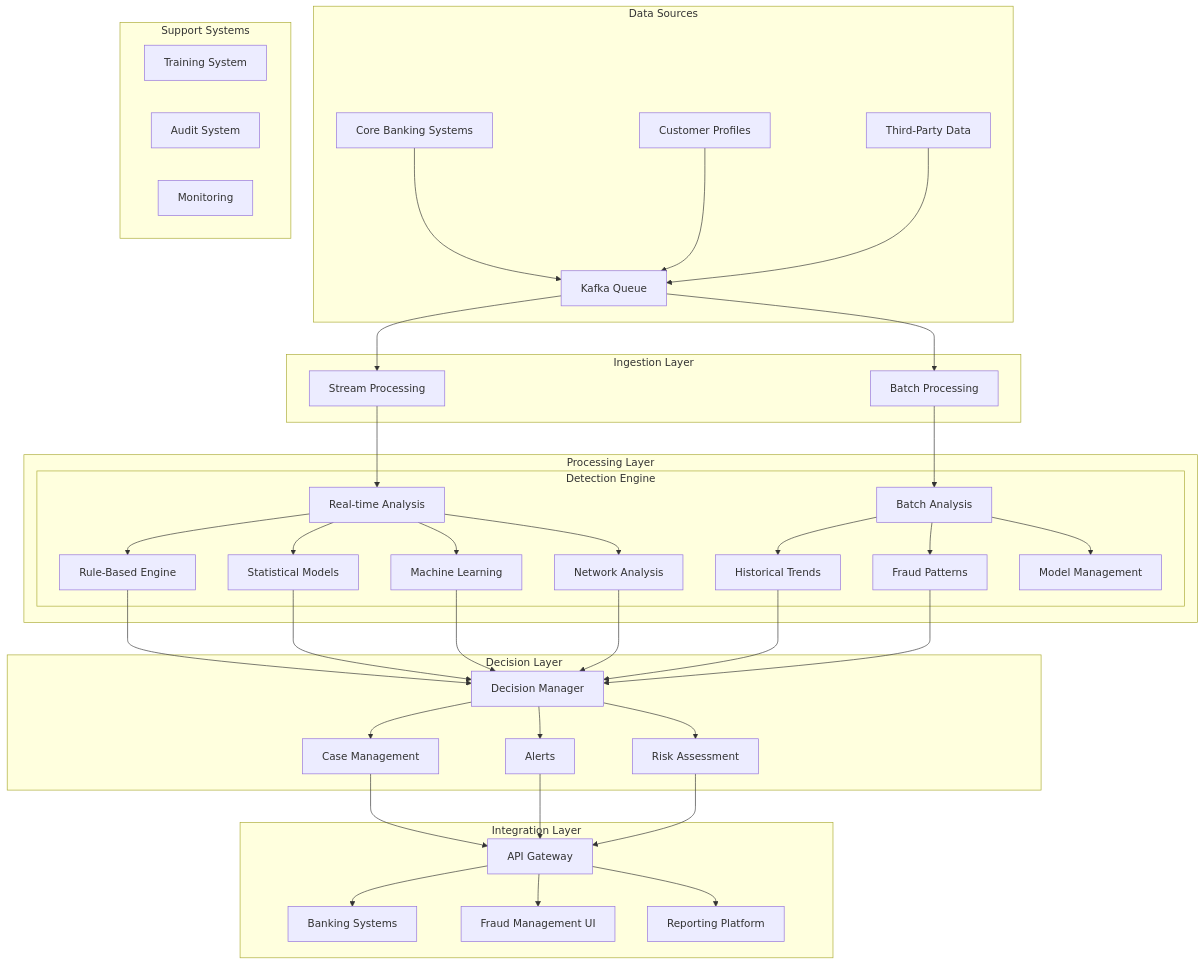
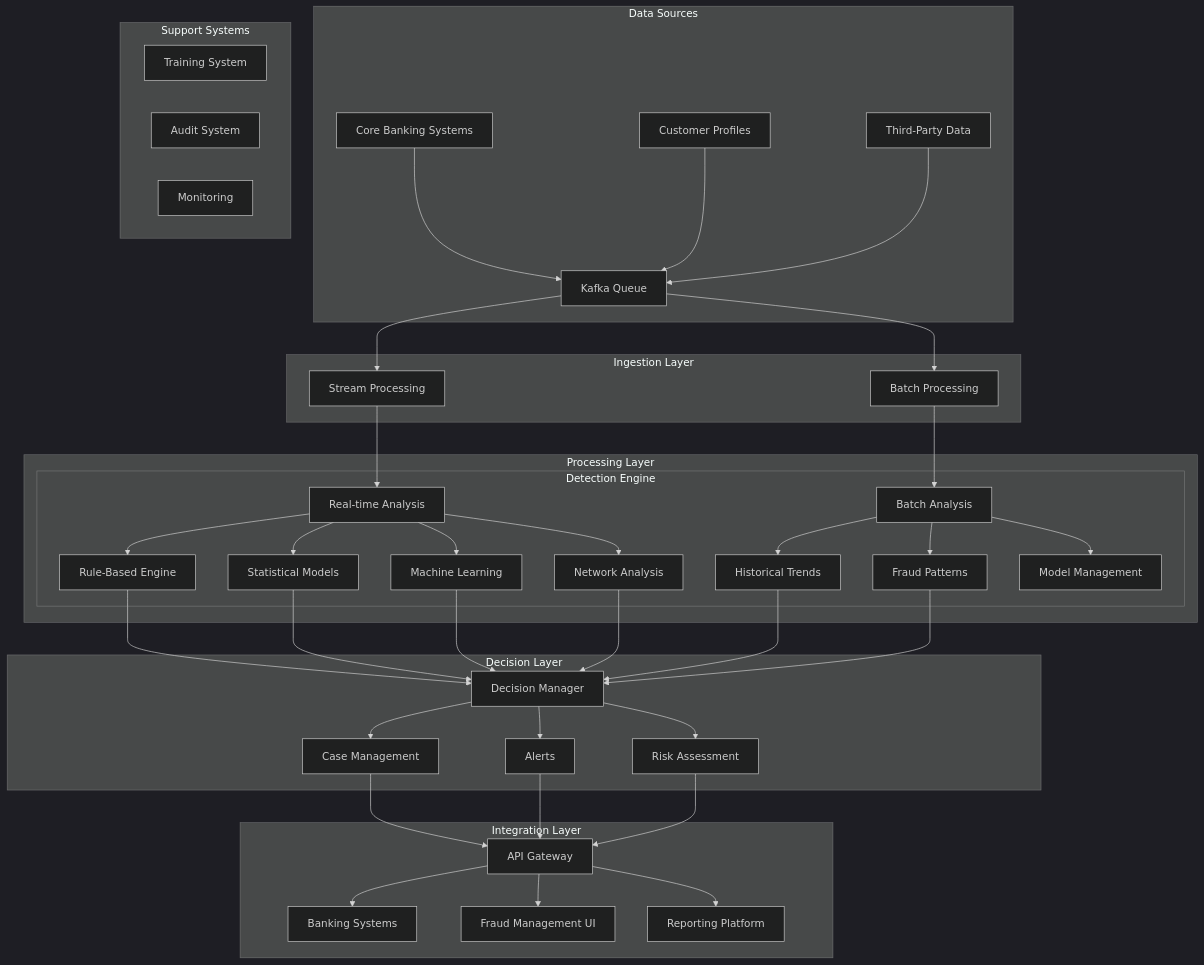
One commit to bragabruno/fraud-detection changed the first of 2 diagrams in README.md. Above: the diagram before and after it, drawn with Mermaid. The commit also changed other lines of this file, not shown here.

Commit message:
Enhance README with detailed architecture diagrams and component descriptions for fraud detection system

````diff
--- a/README.md
+++ b/README.md
@@ -9,58 +9,59 @@
 ```mermaid
+%%{init: {"theme": "dark", "background": "dark"}}%%
 flowchart TD
  subgraph "Data Sources"
  CBS[Core Banking Systems] --> KQ[Kafka Queue]
  CP[Customer Profiles] --> KQ
  TPD[Third-Party Data] --> KQ
  end
 
  subgraph "Ingestion Layer"
  KQ --> ST[Stream Processing]
  KQ --> BT[Batch Processing]
  end
  
  subgraph "Processing Layer"
  ST --> RT[Real-time Analysis]
  BT --> BA[Batch Analysis]
  
  subgraph "Detection Engine"
   RT --> RB[Rule-Based Engine]
   RT --> SM[Statistical Models]
   RT --> ML[Machine Learning]
   RT --> NA[Network Analysis]
   
   BA --> HT[Historical Trends]
   BA --> FP[Fraud Patterns]
   BA --> MM[Model Management]
  end
  end
  
  subgraph "Decision Layer"
  RB --> DM[Decision Manager]
  SM --> DM
  ML --> DM
  NA --> DM
  HT --> DM
  FP --> DM
  
  DM --> CMS[Case Management]
  DM --> A[Alerts]
  DM --> RA[Risk Assessment]
  end
  
  subgraph "Integration Layer"
  CMS --> API[API Gateway]
  A --> API
  RA --> API
  
  API --> BS[Banking Systems]
  API --> FM[Fraud Management UI]
  API --> RP[Reporting Platform]
  end
  
  subgraph "Support Systems"
  TS[Training System]
  AUD[Audit System]
  MON[Monitoring]
  end
 ```
````
